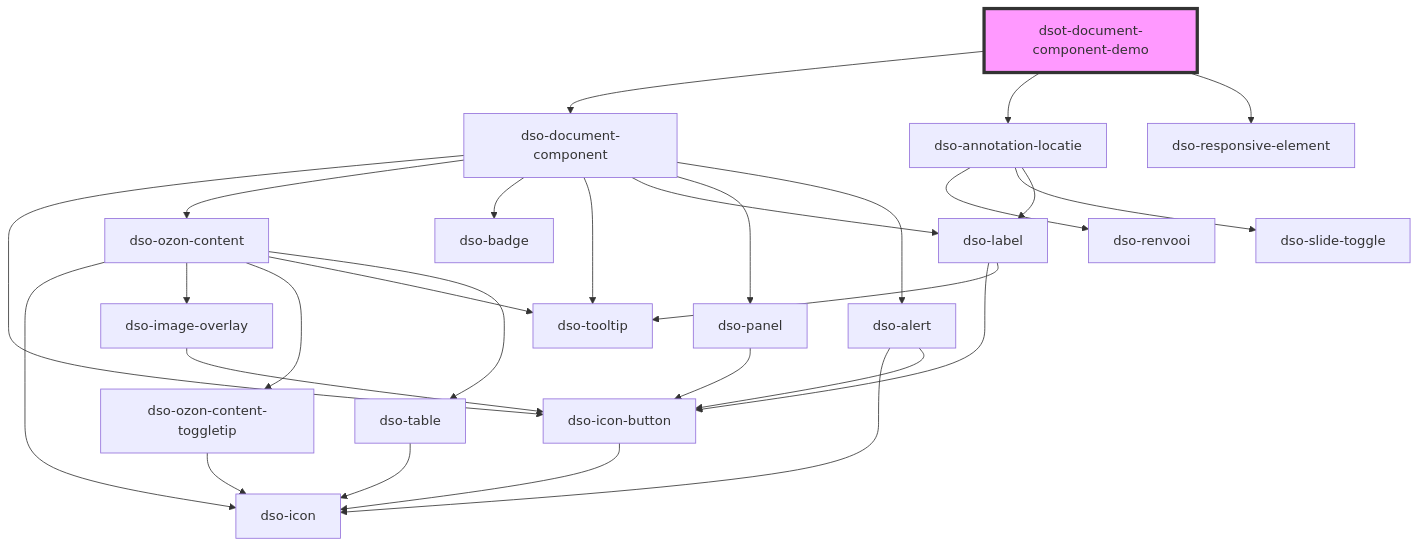
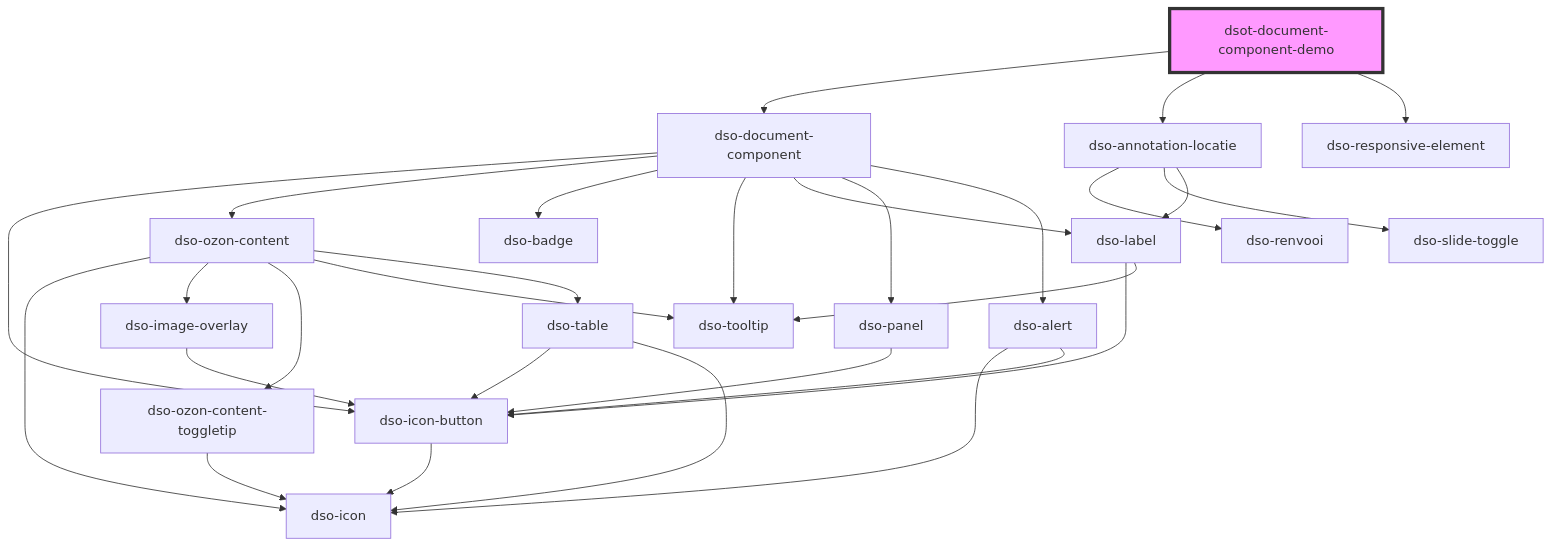
The diagram in packages/core/src/components/document-component-demo/readme.md (dso-toolkit/dso-toolkit), drawn with Mermaid before and after one commit. The commit also changed 5 other files, not shown here.

Commit message:
#3362 Table: icon only Button vervangen met Icon Button

````diff
--- a/packages/core/src/components/document-component-demo/readme.md
+++ b/packages/core/src/components/document-component-demo/readme.md
@@ -37,31 +37,32 @@
 ```mermaid
 graph TD;
   dsot-document-component-demo --> dso-document-component
   dsot-document-component-demo --> dso-annotation-locatie
   dsot-document-component-demo --> dso-responsive-element
   dso-document-component --> dso-icon-button
   dso-document-component --> dso-ozon-content
   dso-document-component --> dso-badge
   dso-document-component --> dso-tooltip
   dso-document-component --> dso-label
   dso-document-component --> dso-panel
   dso-document-component --> dso-alert
   dso-icon-button --> dso-icon
   dso-ozon-content --> dso-icon
   dso-ozon-content --> dso-image-overlay
   dso-ozon-content --> dso-ozon-content-toggletip
   dso-ozon-content --> dso-tooltip
   dso-ozon-content --> dso-table
   dso-image-overlay --> dso-icon-button
   dso-ozon-content-toggletip --> dso-icon
+  dso-table --> dso-icon-button
   dso-table --> dso-icon
   dso-label --> dso-icon-button
   dso-label --> dso-tooltip
   dso-panel --> dso-icon-button
   dso-alert --> dso-icon
   dso-alert --> dso-icon-button
   dso-annotation-locatie --> dso-renvooi
   dso-annotation-locatie --> dso-slide-toggle
   dso-annotation-locatie --> dso-label
   style dsot-document-component-demo fill:#f9f,stroke:#333,stroke-width:4px
 ```
````
